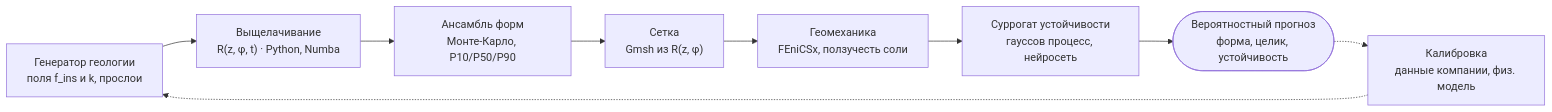
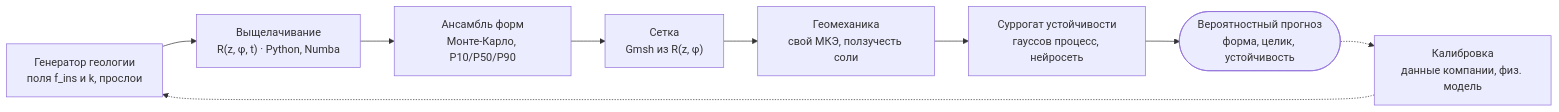
Before and after one commit to kizred/saltcav: the first of 2 diagrams in docs/passport.md, drawn with Mermaid. The commit also changed other lines of this file and 2 other files, not shown here.

````diff
--- a/docs/passport.md
+++ b/docs/passport.md
@@ -146,11 +146,11 @@
 ```mermaid
 flowchart LR
     G["Генератор геологии<br/>поля f_ins и k, прослои"] --> L["Выщелачивание<br/>R(z, φ, t) · Python, Numba"]
     L --> E["Ансамбль форм<br/>Монте-Карло, P10/P50/P90"]
     E --> M["Сетка<br/>Gmsh из R(z, φ)"]
-    M --> F["Геомеханика<br/>FEniCSx, ползучесть соли"]
+    M --> F["Геомеханика<br/>свой МКЭ, ползучесть соли"]
     F --> S["Суррогат устойчивости<br/>гауссов процесс, нейросеть"]
     S --> P(["Вероятностный прогноз<br/>форма, целик, устойчивость"])
     P -.-> C["Калибровка<br/>данные компании, физ. модель"]
     C -.-> G
 ```
````
